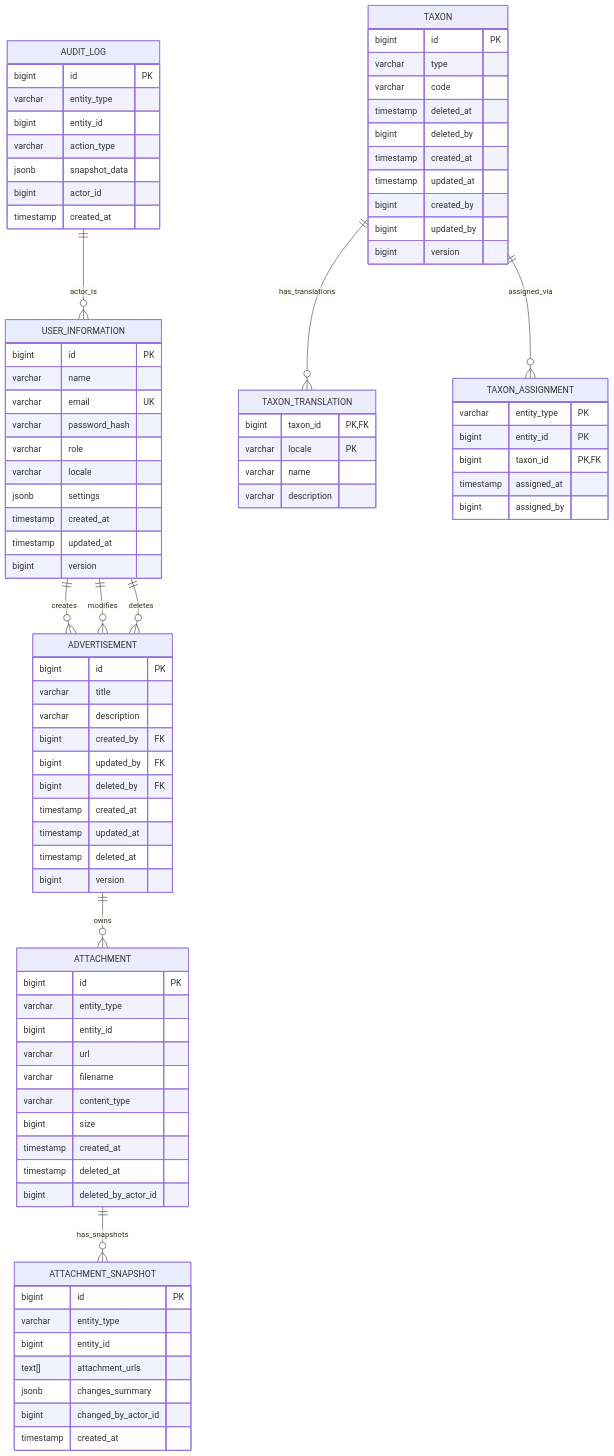
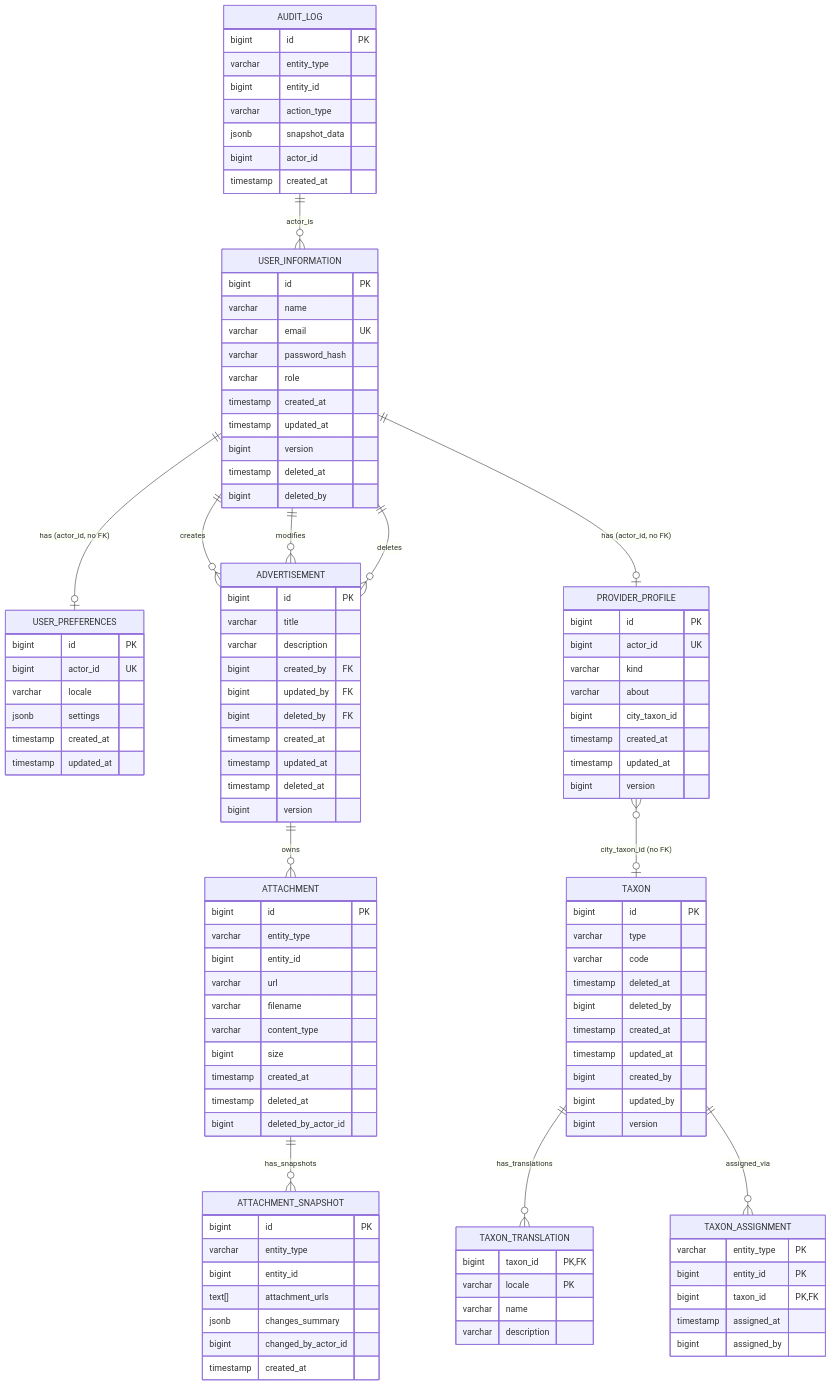
Before and after one commit to OstMutant/Advertisement: the diagram in docs/architecture/04-database-erd.md, drawn with Mermaid. The commit also changed other lines of this file and 21 other files, not shown here.

````diff
--- a/docs/architecture/04-database-erd.md
+++ b/docs/architecture/04-database-erd.md
@@ -14,13 +14,33 @@
         varchar email UK
         varchar password_hash
         varchar role
+        timestamp created_at
+        timestamp updated_at
+        bigint version
+        timestamp deleted_at
+        bigint deleted_by
+    }
+
+    USER_PREFERENCES {
+        bigint id PK
+        bigint actor_id UK
         varchar locale
         jsonb settings
         timestamp created_at
         timestamp updated_at
+    }
+
+    PROVIDER_PROFILE {
+        bigint id PK
+        bigint actor_id UK
+        varchar kind
+        varchar about
+        bigint city_taxon_id
+        timestamp created_at
+        timestamp updated_at
         bigint version
     }
-    
+
     ADVERTISEMENT {
         bigint id PK
         varchar title
@@ -98,9 +118,12 @@
     USER_INFORMATION ||--o{ ADVERTISEMENT : "creates"
     USER_INFORMATION ||--o{ ADVERTISEMENT : "modifies"
     USER_INFORMATION ||--o{ ADVERTISEMENT : "deletes"
+    USER_INFORMATION ||--o| USER_PREFERENCES : "has (actor_id, no FK)"
+    USER_INFORMATION ||--o| PROVIDER_PROFILE : "has (actor_id, no FK)"
     ADVERTISEMENT ||--o{ ATTACHMENT : "owns"
     ATTACHMENT ||--o{ ATTACHMENT_SNAPSHOT : "has_snapshots"
     AUDIT_LOG ||--o{ USER_INFORMATION : "actor_is"
     TAXON ||--o{ TAXON_TRANSLATION : "has_translations"
     TAXON ||--o{ TAXON_ASSIGNMENT : "assigned_via"
+    PROVIDER_PROFILE }o--o| TAXON : "city_taxon_id (no FK)"
 ```
````
